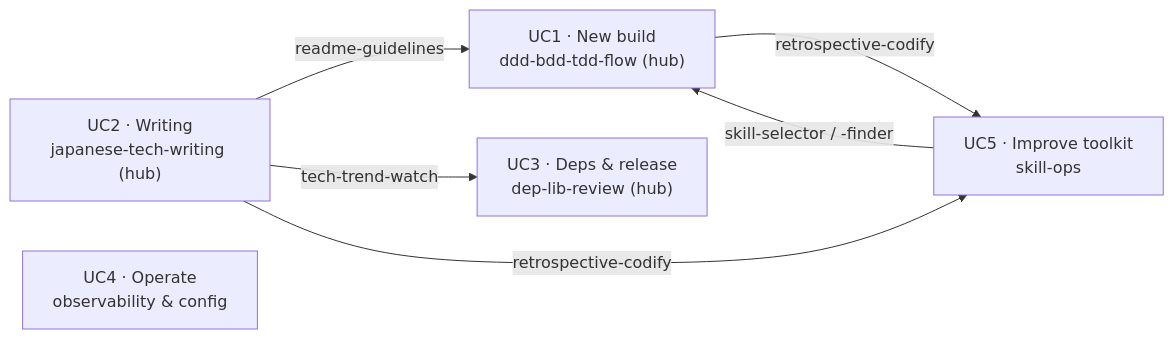
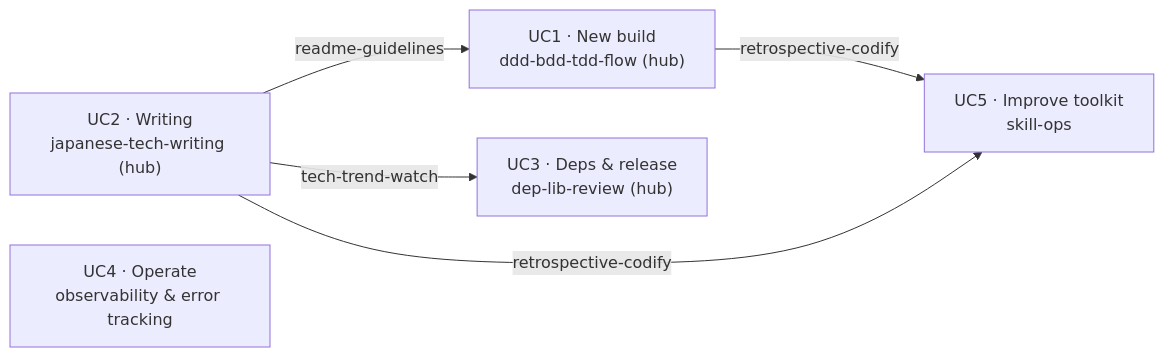
The diagram in README.md (krkrkrr/skills), drawn with Mermaid before and after one commit. The commit also changed other lines of this file and 33 other files, not shown here.

````diff
--- a/README.md
+++ b/README.md
@@ -59,14 +59,13 @@
 ```mermaid
 flowchart LR
   UC1["UC1 · New build<br/>ddd-bdd-tdd-flow (hub)"]
   UC2["UC2 · Writing<br/>japanese-tech-writing (hub)"]
   UC3["UC3 · Deps & release<br/>dep-lib-review (hub)"]
-  UC4["UC4 · Operate<br/>observability & config"]
+  UC4["UC4 · Operate<br/>observability & error tracking"]
   UC5["UC5 · Improve toolkit<br/>skill-ops"]
 
-  UC5 -->|skill-selector / -finder| UC1
   UC2 -->|readme-guidelines| UC1
   UC2 -->|tech-trend-watch| UC3
   UC1 -->|retrospective-codify| UC5
   UC2 -->|retrospective-codify| UC5
 ```
````
